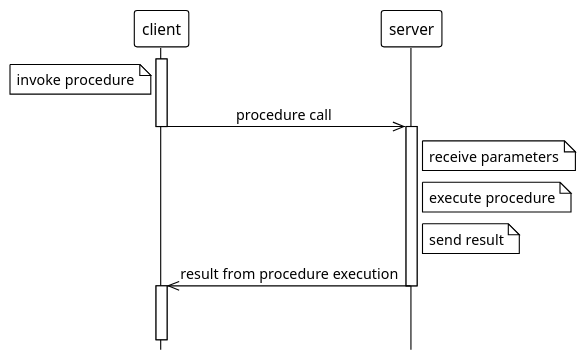
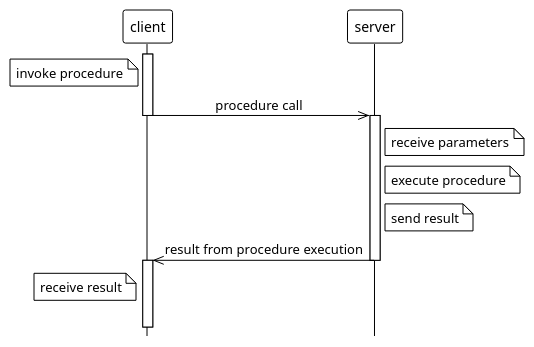
One commit to c0p4c4b4n4/grpc-grpc-java changed the diagram in grpc-java-examples/images/RPC.puml. Above: the diagram before and after it, drawn with PlantUML. The commit also changed 1 other file, not shown here.

```diff
--- a/grpc-java-examples/images/RPC.puml
+++ b/grpc-java-examples/images/RPC.puml
@@ -1,33 +1,27 @@
 @startuml
 '!pragma teoz true
 !theme mono
-scale 1.1
+'scale 1.1
 'title Remote Procedure Calls (RPC)
 hide footbox
-'skinparam monochrome true
 skinparam TitleFontStyle plain
-'skinparam defaultFontName Source Sans Pro
-'skinparam titleFontSize 15
 skinparam sequenceMessageAlign center
 
-participant "client" as Client
-participant "server" as Server
+activate client
+note left of client: invoke procedure
+client ->> server : procedure call
+deactivate client
+activate server
 
-activate Client
-note left of Client: invoke procedure
-Client ->> Server : procedure call
-deactivate Client
-activate Server
+note right of server: receive parameters
+note right of server: execute procedure
+note right of server: send result
 
-note right of Server: receive parameters
-note right of Server: execute procedure
-note right of Server: send result
+server ->> client : result from procedure execution
+deactivate server
+activate client
+note left of client: receive result
 
-Server ->> Client : result from procedure execution
-deactivate Server
-activate Client
-
-||40||
-'client -[#white]->]
+||20||
 
 @enduml
```
